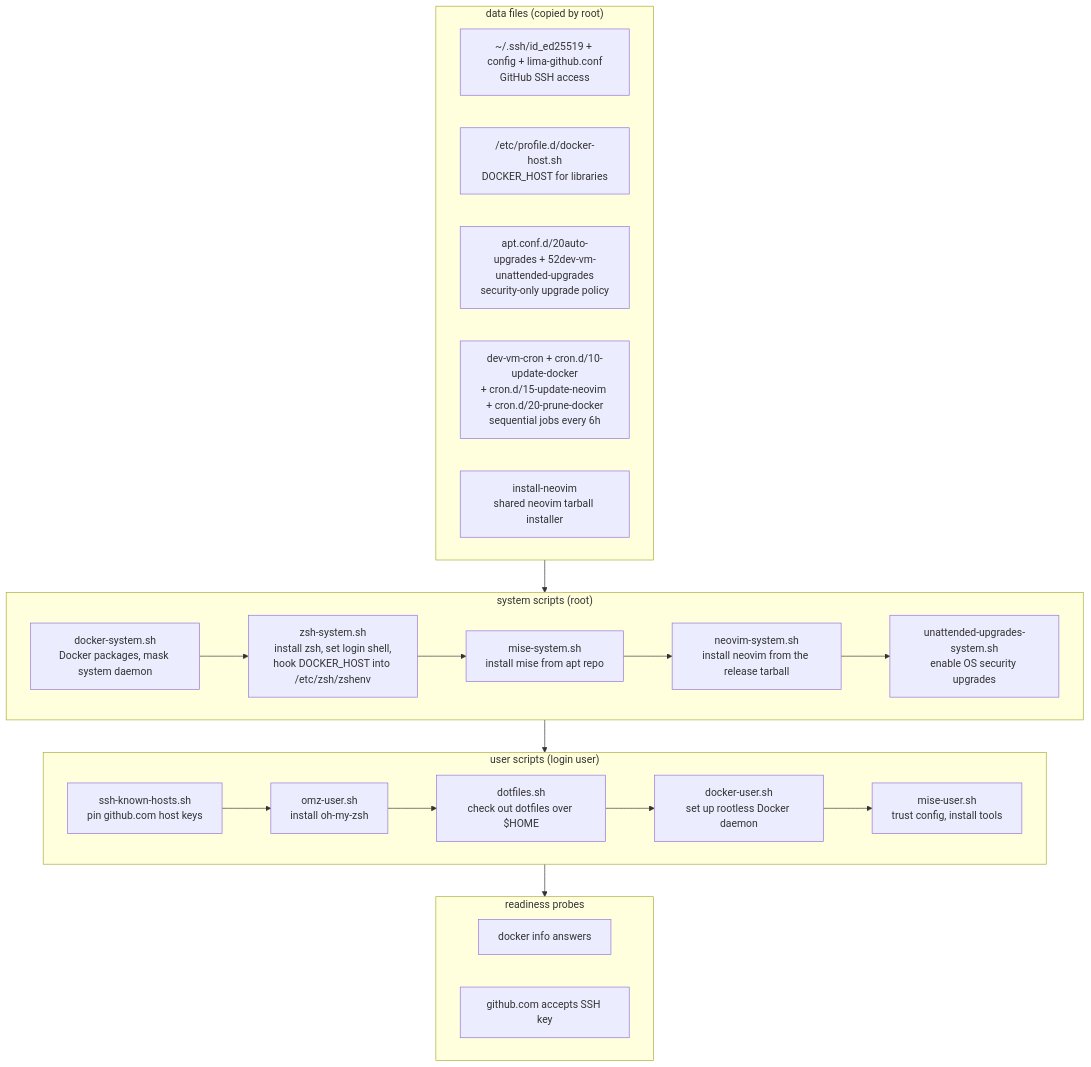
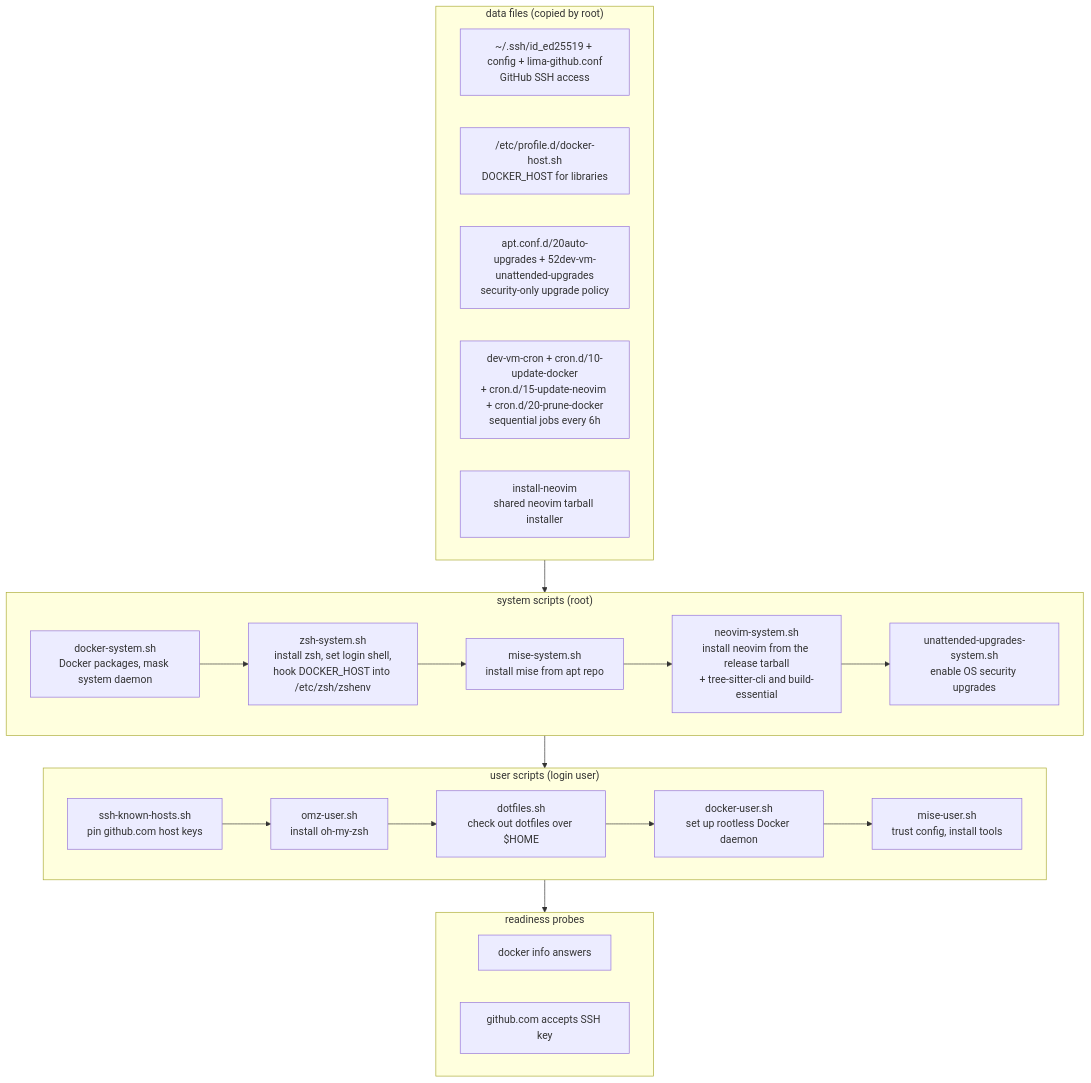
Before and after one commit to robsonpeixoto/dev-vm: the diagram in README.md, drawn with Mermaid. The commit also changed other lines of this file and 2 other files, not shown here.

First line of the commit message:
feat: install the neovim parser toolchain from apt

````diff
--- a/README.md
+++ b/README.md
@@ -423,37 +429,37 @@
 ```mermaid
 flowchart TD
     subgraph data["data files (copied by root)"]
         d1["~/.ssh/id_ed25519 + config + lima-github.conf<br>GitHub SSH access"]
         d2["/etc/profile.d/docker-host.sh<br>DOCKER_HOST for libraries"]
         d3["apt.conf.d/20auto-upgrades + 52dev-vm-unattended-upgrades<br>security-only upgrade policy"]
         d4["dev-vm-cron + cron.d/10-update-docker<br>+ cron.d/15-update-neovim + cron.d/20-prune-docker<br>sequential jobs every 6h"]
         d5["install-neovim<br>shared neovim tarball installer"]
     end
 
     subgraph system["system scripts (root)"]
         s1["docker-system.sh<br>Docker packages, mask system daemon"]
         s2["zsh-system.sh<br>install zsh, set login shell,<br>hook DOCKER_HOST into /etc/zsh/zshenv"]
         s3["mise-system.sh<br>install mise from apt repo"]
-        s4["neovim-system.sh<br>install neovim from the release tarball"]
+        s4["neovim-system.sh<br>install neovim from the release tarball<br>+ tree-sitter-cli and build-essential"]
         s5["unattended-upgrades-system.sh<br>enable OS security upgrades"]
     end
 
     subgraph user["user scripts (login user)"]
         u1["ssh-known-hosts.sh<br>pin github.com host keys"]
         u2["omz-user.sh<br>install oh-my-zsh"]
         u3["dotfiles.sh<br>check out dotfiles over $HOME"]
         u4["docker-user.sh<br>set up rootless Docker daemon"]
         u5["mise-user.sh<br>trust config, install tools"]
     end
 
     subgraph probes["readiness probes"]
         p1["docker info answers"]
         p2["github.com accepts SSH key"]
     end
 
     data --> system
     s1 --> s2 --> s3 --> s4 --> s5
     system --> user
     u1 --> u2 --> u3 --> u4 --> u5
     user --> probes
 ```
````
